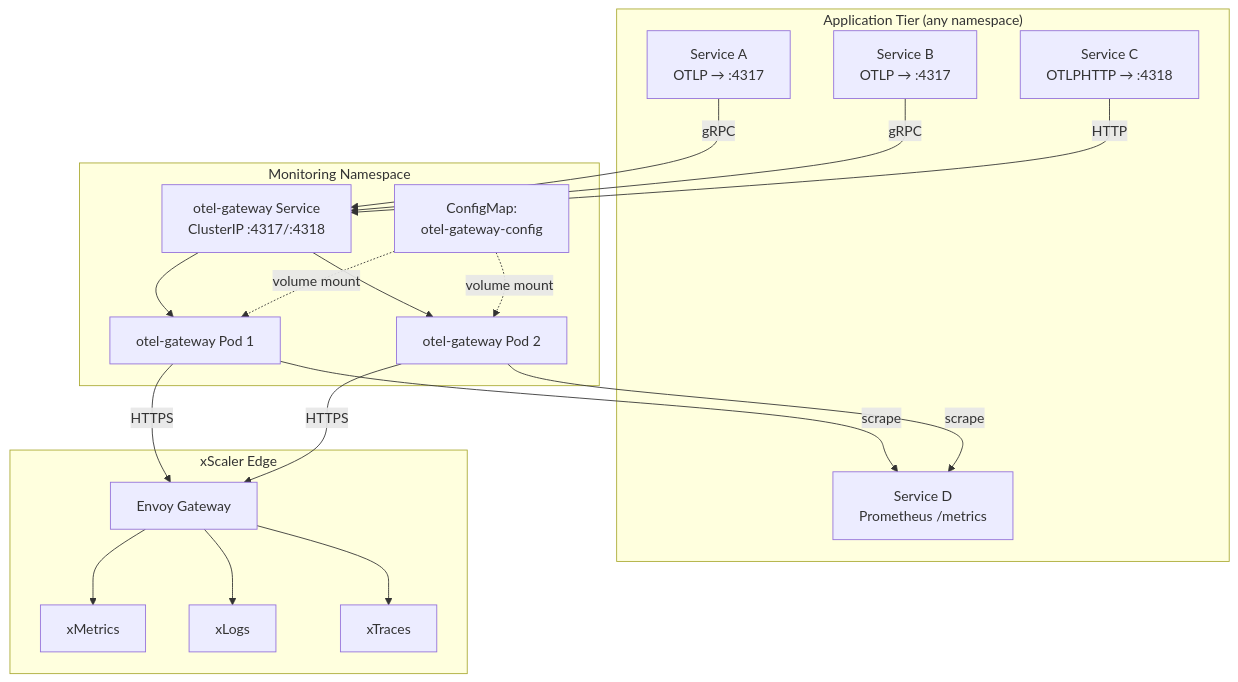
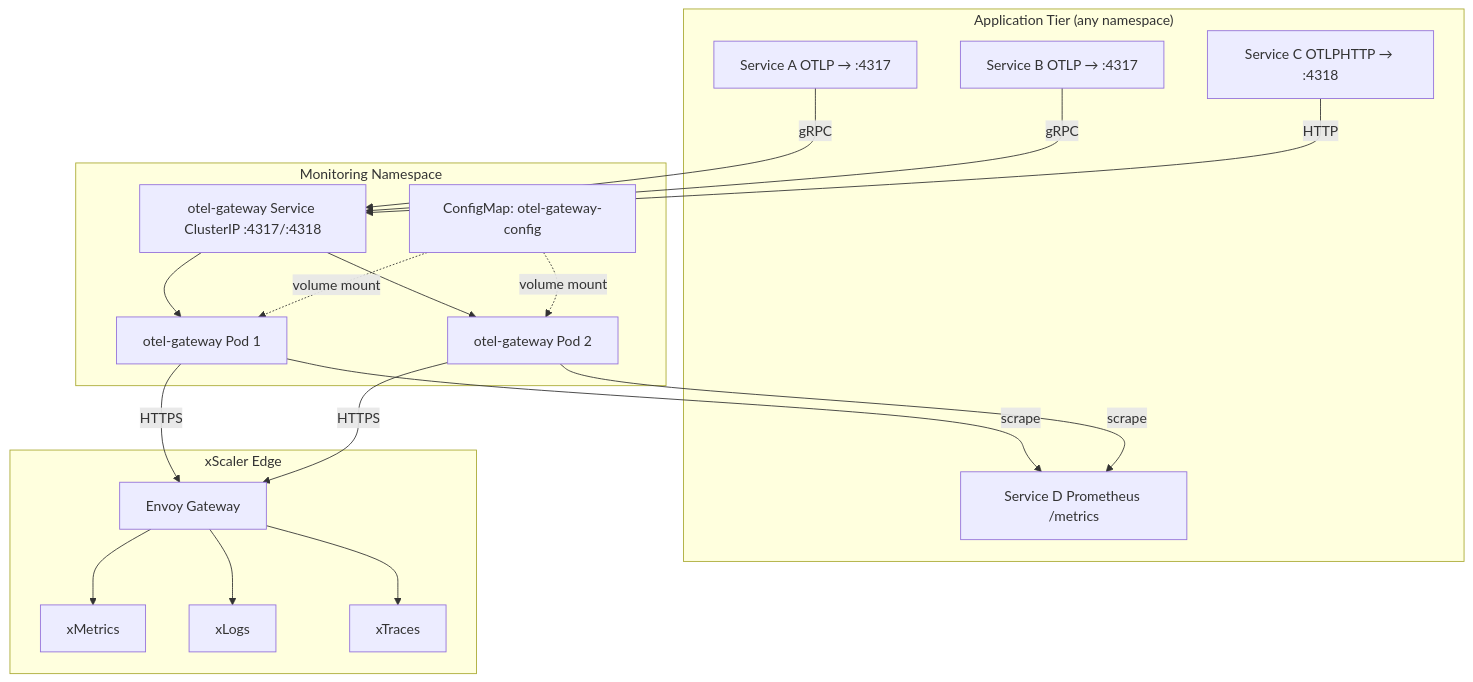
The diagram in docs/architecture/gateway-mode.md (xscaler/training), drawn with Mermaid before and after one commit. The commit also changed other lines of this file and 38 other files, not shown here.

First line of the commit message:
Remove internal content, fix Mermaid diagrams, and rewrite labs as customer-facing exercises

````diff
--- a/docs/architecture/gateway-mode.md
+++ b/docs/architecture/gateway-mode.md
@@ -7,32 +7,32 @@
 ```mermaid
 graph TB
     subgraph "Application Tier (any namespace)"
-        A1[Service A\nOTLP → :4317]
-        A2[Service B\nOTLP → :4317]
-        A3[Service C\nOTLPHTTP → :4318]
-        A4[Service D\nPrometheus /metrics]
+        A1[Service A OTLP → :4317]
+        A2[Service B OTLP → :4317]
+        A3[Service C OTLPHTTP → :4318]
+        A4[Service D Prometheus /metrics]
     end
 
     subgraph "Monitoring Namespace"
-        SVC[otel-gateway Service\nClusterIP :4317/:4318]
+        SVC[otel-gateway Service ClusterIP :4317/:4318]
         GW1[otel-gateway Pod 1]
         GW2[otel-gateway Pod 2]
-        CM[ConfigMap:\notel-gateway-config]
+        CM[ConfigMap: otel-gateway-config]
     end
 
     subgraph "xScaler Edge"
         EN[Envoy Gateway]
         MI[xMetrics]
         LO[xLogs]
         TE[xTraces]
     end
 
     A1 & A2 -->|gRPC| SVC
     A3 -->|HTTP| SVC
     SVC --> GW1 & GW2
     GW1 -->|scrape| A4
     GW2 -->|scrape| A4
     CM -.->|volume mount| GW1 & GW2
     GW1 & GW2 -->|HTTPS| EN
     EN --> MI & LO & TE
 ```
````
